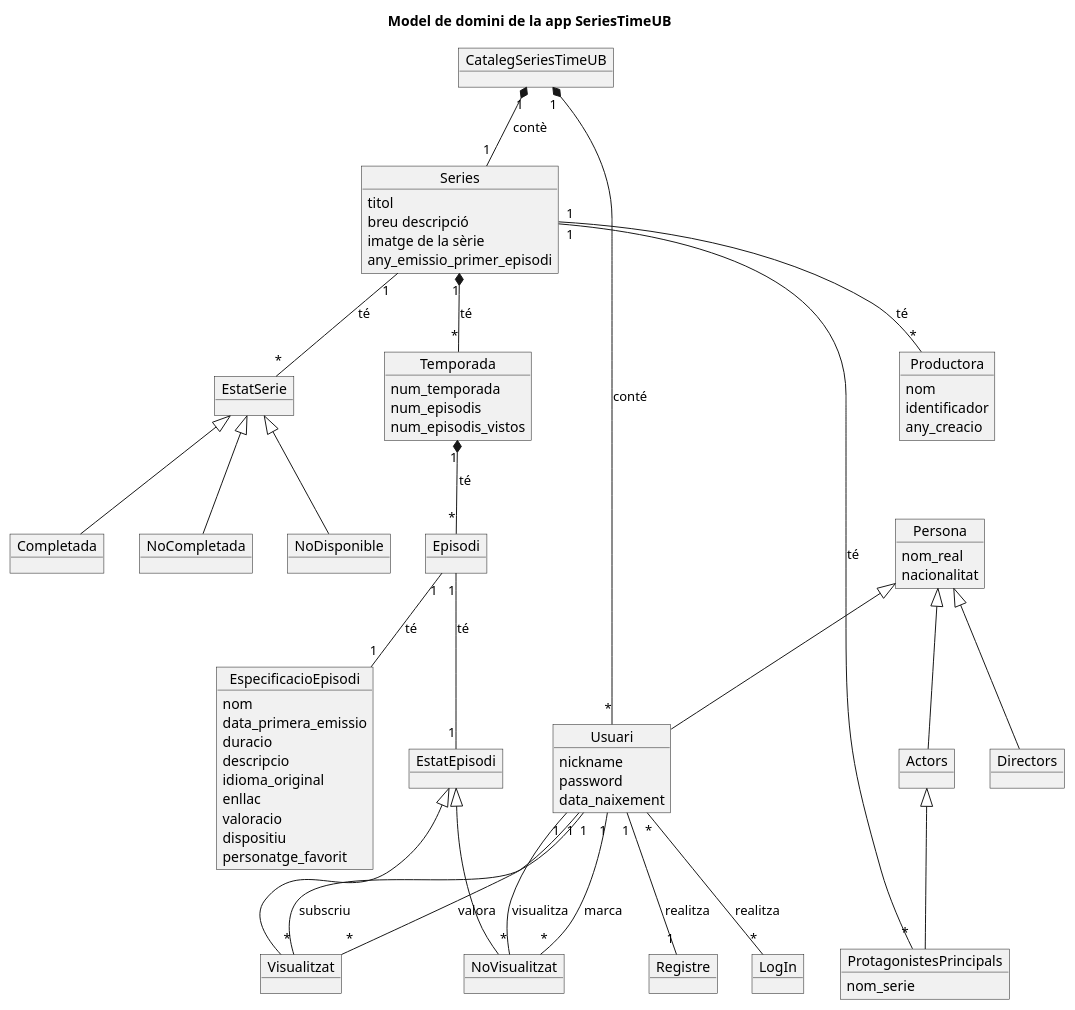
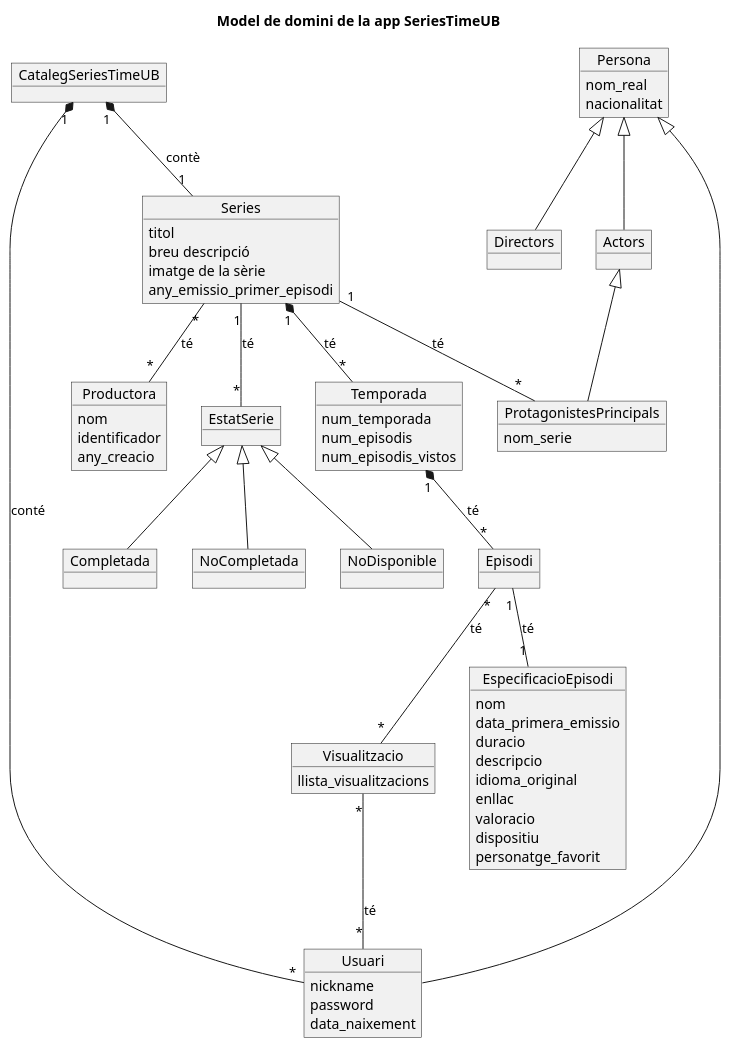
The diagram in Model de domini/ModelDeDominiSTUB.puml (laurentiuNedelcu/SeriesTimeUB), drawn with PlantUML before and after one commit.

Commit message:
Versio no definitiva-> Model de domini

```diff
--- a/Model de domini/ModelDeDominiSTUB.puml
+++ b/Model de domini/ModelDeDominiSTUB.puml
@@ -1,83 +1,74 @@
 @startuml
 title Model de domini de la app SeriesTimeUB
 
 object CatalegSeriesTimeUB
 object Series{
     titol
     breu descripció
     imatge de la sèrie
     any_emissio_primer_episodi
 }
 object EstatSerie
 object Completada
 object NoCompletada
 object NoDisponible
 object Temporada{
     num_temporada
     num_episodis
     num_episodis_vistos
 }
+object Visualitzacio{
+    llista_visualitzacions
+}
 object Episodi
 object EspecificacioEpisodi{
     nom
     data_primera_emissio
     duracio
     descripcio
     idioma_original
     enllac
     valoracio
     dispositiu
     personatge_favorit
 }
-object EstatEpisodi
-object Visualitzat
-object NoVisualitzat
 object Persona{
     nom_real
     nacionalitat
 }
 object Usuari{
     nickname
     password
     data_naixement
 }
-object Registre
-object LogIn
 object Actors
 object Directors
 object ProtagonistesPrincipals{
     nom_serie
 }
 object Productora{
     nom
     identificador
     any_creacio
 }
 
 CatalegSeriesTimeUB "1" *-- "1" Series :contè
 Series "1" *-- "*" Temporada :té
 Temporada "1" *-- "*" Episodi :té
 CatalegSeriesTimeUB "1" *-- "*" Usuari :conté
 
 Persona <|-- Actors
 Persona <|-- Directors
 Persona <|-- Usuari
 Actors <|-- ProtagonistesPrincipals
 EstatSerie <|-- Completada
 EstatSerie <|-- NoCompletada
 EstatSerie <|-- NoDisponible
-EstatEpisodi <|-- Visualitzat
-EstatEpisodi <|-- NoVisualitzat
 
-Series "1" -- "*" Productora :té
+Episodi "*" -- "*" Visualitzacio: té
+Visualitzacio "*" -- "*" Usuari: té
+Series "*" -- "*" Productora :té
 Series "1" -- "*" ProtagonistesPrincipals :té
 Series "1" -- "*" EstatSerie :té
-Episodi "1" -- "1" EstatEpisodi :té
-Episodi "1" -- "1" EspecificacioEpisodi :té
-Usuari "1" -- "1" Registre :realitza
-Usuari "*" -- "*" LogIn :realitza
-Usuari "1" -- "*" Visualitzat : subscriu
-Usuari "1" -- "*" Visualitzat : valora
-Usuari "1" -- "*" NoVisualitzat : visualitza
-Usuari "1" -- "*" NoVisualitzat : marca
+Episodi "1" -- "1" EspecificacioEpisodi: té
 @enduml
```
